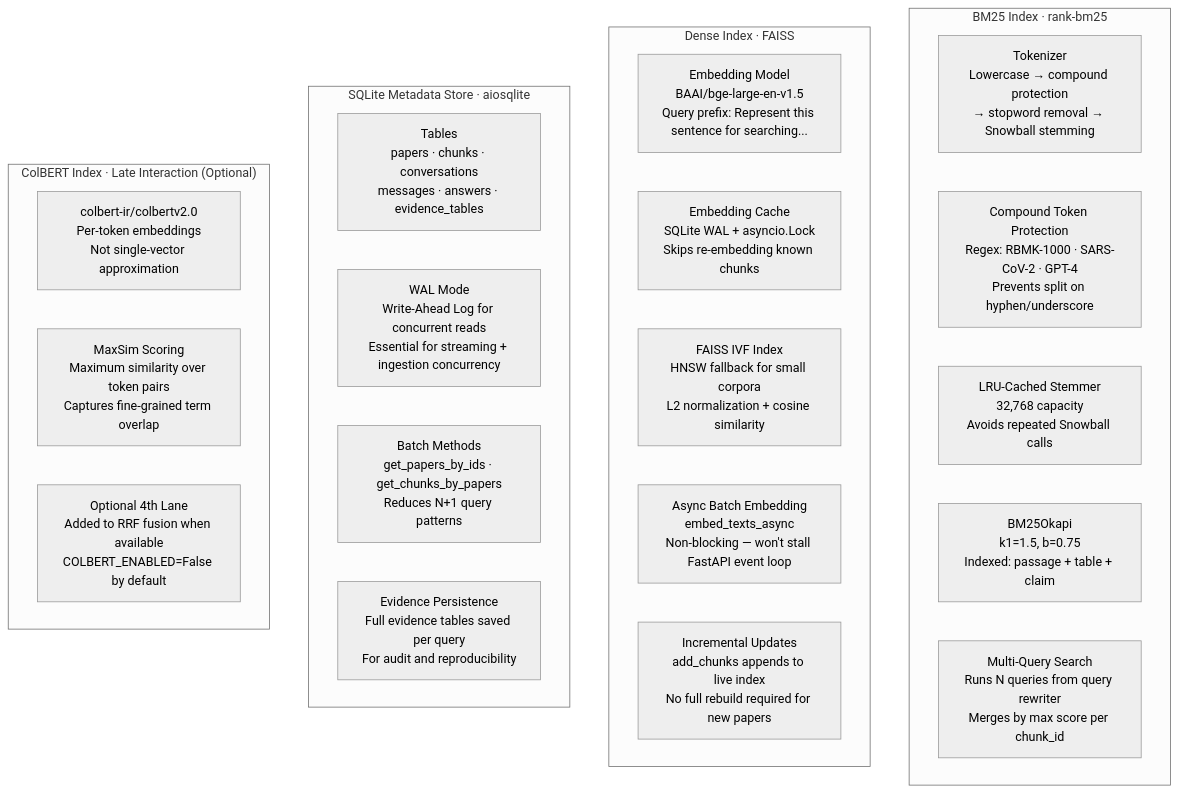
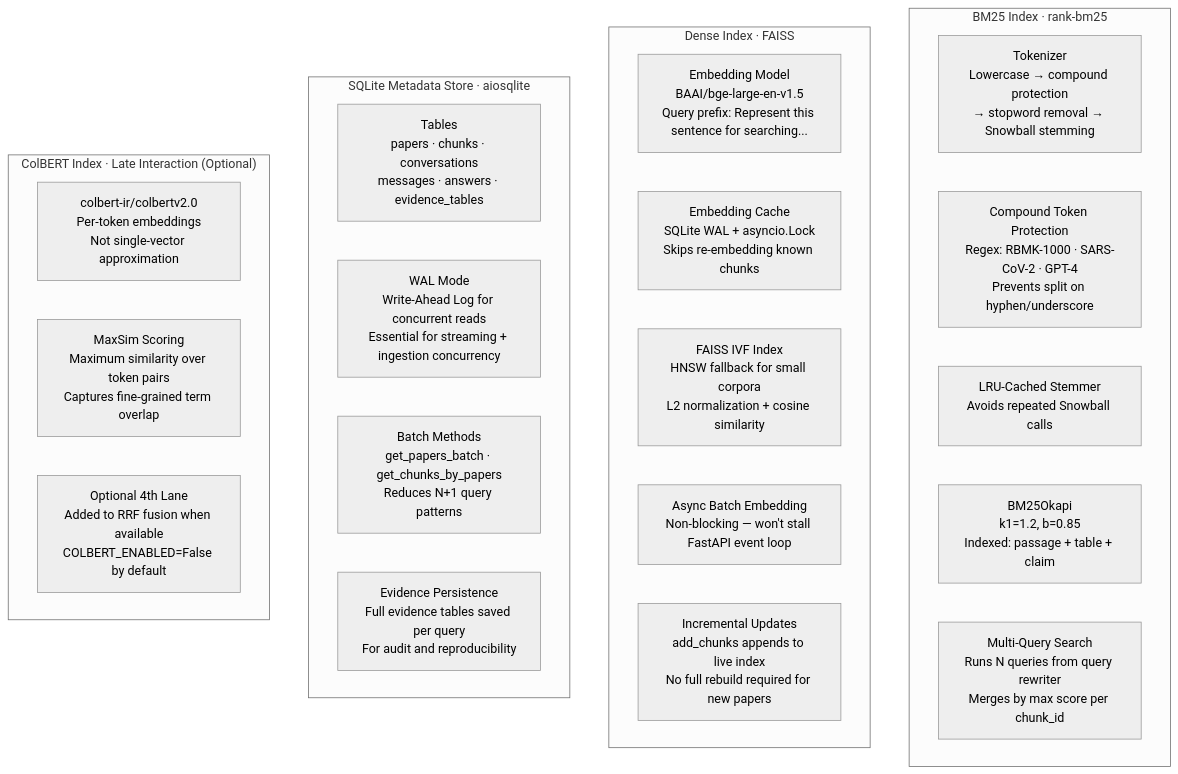
The fourth of 12 diagrams in Readme.md (Aashu-11/NexusScholar), drawn with Mermaid (neutral theme) before and after one commit. The commit also changed other lines of this file, not shown here.

````diff
--- a/Readme.md
+++ b/Readme.md
@@ -392,31 +387,31 @@
 ```mermaid
 flowchart TD
     subgraph BM25_DETAIL["BM25 Index · rank-bm25"]
         B1["Tokenizer\nLowercase → compound protection\n→ stopword removal → Snowball stemming"]
         B2["Compound Token Protection\nRegex: RBMK-1000 · SARS-CoV-2 · GPT-4\nPrevents split on hyphen/underscore"]
-        B3["LRU-Cached Stemmer\n32,768 capacity\nAvoids repeated Snowball calls"]
-        B4["BM25Okapi\nk1=1.5, b=0.75\nIndexed: passage + table + claim"]
+        B3["LRU-Cached Stemmer\nAvoids repeated Snowball calls"]
+        B4["BM25Okapi\nk1=1.2, b=0.85\nIndexed: passage + table + claim"]
         B5["Multi-Query Search\nRuns N queries from query rewriter\nMerges by max score per chunk_id"]
     end
 
     subgraph DENSE_DETAIL["Dense Index · FAISS"]
         D1["Embedding Model\nBAAI/bge-large-en-v1.5\nQuery prefix: Represent this sentence for searching..."]
         D2["Embedding Cache\nSQLite WAL + asyncio.Lock\nSkips re-embedding known chunks"]
         D3["FAISS IVF Index\nHNSW fallback for small corpora\nL2 normalization + cosine similarity"]
-        D4["Async Batch Embedding\nembed_texts_async\nNon-blocking — won't stall FastAPI event loop"]
+        D4["Async Batch Embedding\nNon-blocking — won't stall FastAPI event loop"]
         D5["Incremental Updates\nadd_chunks appends to live index\nNo full rebuild required for new papers"]
     end
 
     subgraph META_DETAIL["SQLite Metadata Store · aiosqlite"]
         M1["Tables\npapers · chunks · conversations\nmessages · answers · evidence_tables"]
         M2["WAL Mode\nWrite-Ahead Log for concurrent reads\nEssential for streaming + ingestion concurrency"]
-        M3["Batch Methods\nget_papers_by_ids · get_chunks_by_papers\nReduces N+1 query patterns"]
+        M3["Batch Methods\nget_papers_batch · get_chunks_by_papers\nReduces N+1 query patterns"]
         M4["Evidence Persistence\nFull evidence tables saved per query\nFor audit and reproducibility"]
     end
 
     subgraph COLBERT_DETAIL["ColBERT Index · Late Interaction (Optional)"]
         C1["colbert-ir/colbertv2.0\nPer-token embeddings\nNot single-vector approximation"]
         C2["MaxSim Scoring\nMaximum similarity over token pairs\nCaptures fine-grained term overlap"]
         C3["Optional 4th Lane\nAdded to RRF fusion when available\nCOLBERT_ENABLED=False by default"]
     end
 ```
````
